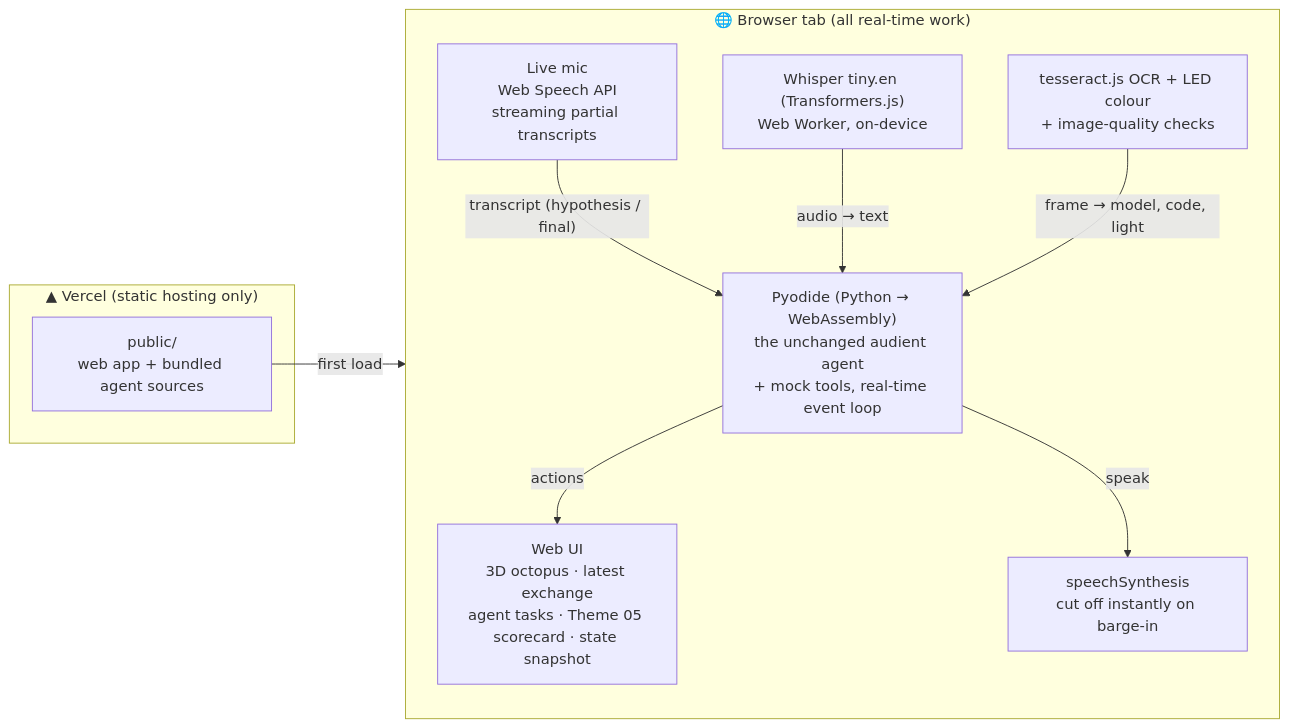
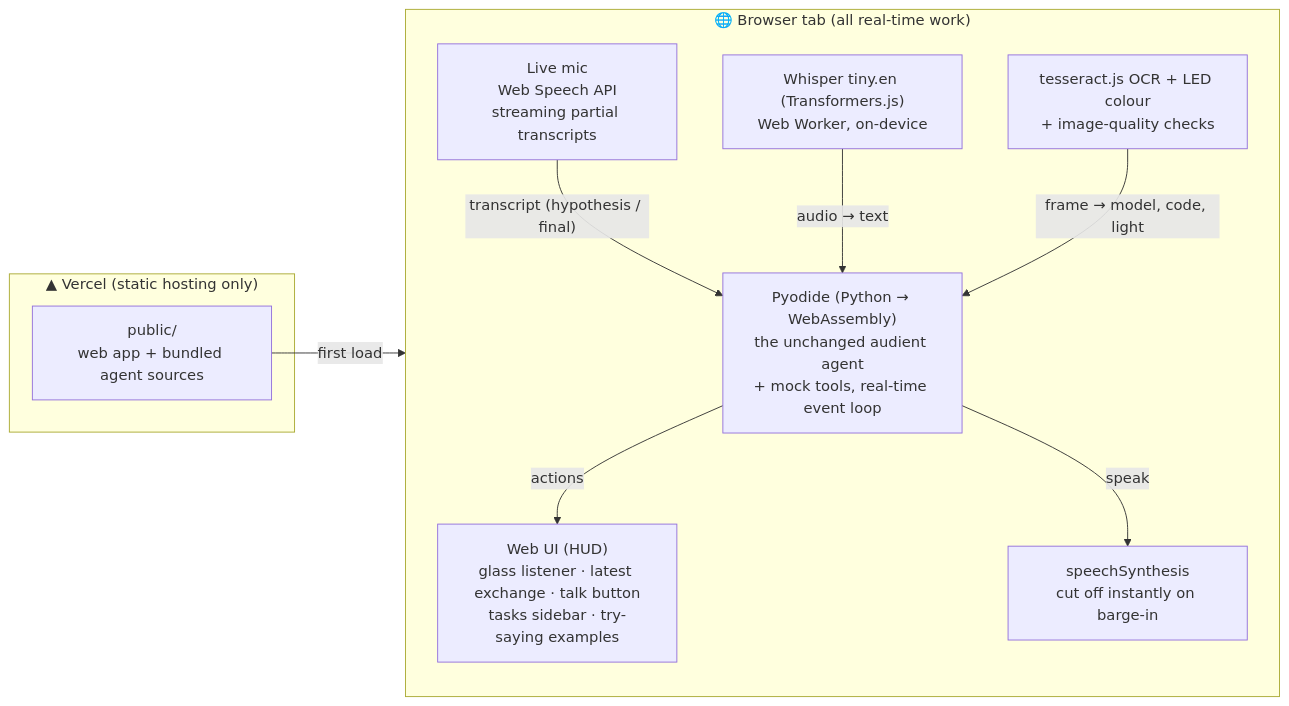
One commit to Darsh-14/Audient changed the third of 3 diagrams in README.md. Above: the diagram before and after it, drawn with Mermaid. The commit also changed other lines of this file and 40 other files, not shown here.

First line of the commit message:
Add free-form understanding, live tools and a glass listener UI

````diff
--- a/README.md
+++ b/README.md
@@ -213,21 +346,21 @@
 ```mermaid
 flowchart LR
     subgraph B["🌐 Browser tab (all real-time work)"]
         direction TB
-        UI["Web UI<br/>3D octopus · latest exchange<br/>agent tasks · Theme 05 scorecard · state snapshot"]
+        UI["Web UI (HUD)<br/>glass listener · latest exchange · talk button<br/>tasks sidebar · try-saying examples"]
         PY["Pyodide (Python → WebAssembly)<br/>the unchanged audient agent<br/>+ mock tools, real-time event loop"]
         MIC["Live mic<br/>Web Speech API<br/>streaming partial transcripts"]
         WH["Whisper tiny.en (Transformers.js)<br/>Web Worker, on-device"]
         OCR["tesseract.js OCR + LED colour<br/>+ image-quality checks"]
         TTS["speechSynthesis<br/>cut off instantly on barge-in"]
         MIC -->|"transcript (hypothesis / final)"| PY
         WH -->|"audio → text"| PY
         OCR -->|"frame → model, code, light"| PY
         PY -->|"actions"| UI
         PY -->|"speak"| TTS
     end
     subgraph V["▲ Vercel (static hosting only)"]
         S["public/<br/>web app + bundled agent sources"]
     end
     S -->|"first load"| B
 ```
````
